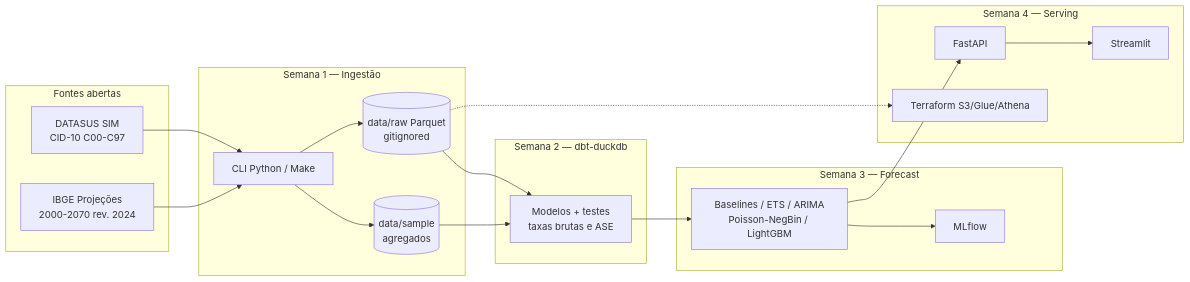
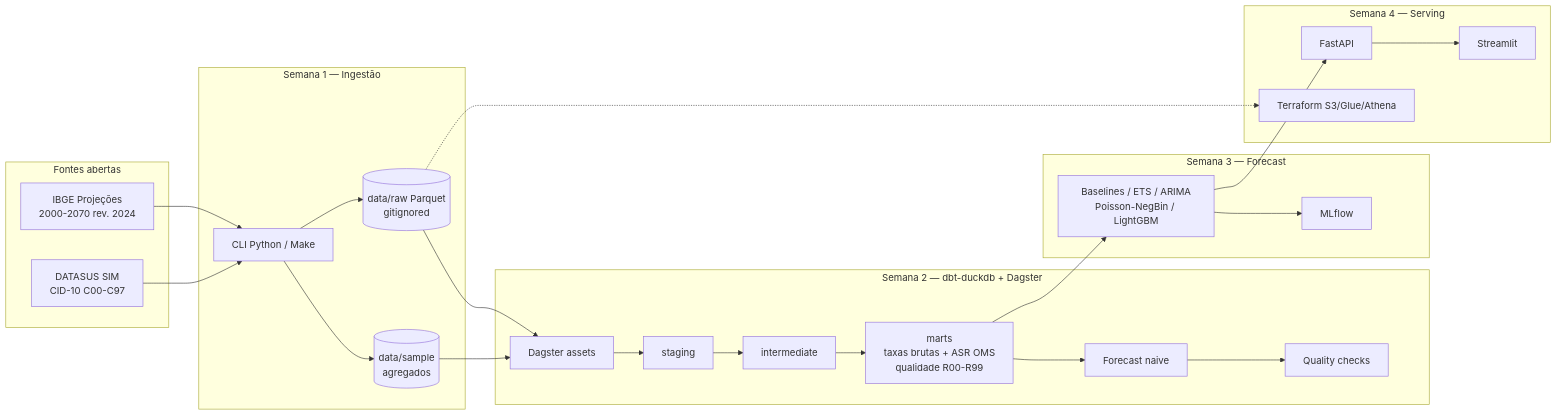
One commit to EricGuerrize/cancer-mortality-forecast-br changed the diagram in README.md. Above: the diagram before and after it, drawn with Mermaid. The commit also changed other lines of this file and 41 other files, not shown here.

First line of the commit message:
feat: semana 2 — dbt-duckdb, Dagster e CI de transformações (#2)

````diff
--- a/README.md
+++ b/README.md
@@ -40,38 +54,45 @@
 ```mermaid
 flowchart LR
   subgraph fontes[Fontes abertas]
     SIM[DATASUS SIM<br/>CID-10 C00-C97]
     IBGE[IBGE Projeções<br/>2000-2070 rev. 2024]
   end
 
   subgraph s1[Semana 1 — Ingestão]
     CLI[CLI Python / Make]
     RAW[(data/raw Parquet<br/>gitignored)]
     SAMPLE[(data/sample<br/>agregados)]
   end
 
-  subgraph s2[Semana 2 — dbt-duckdb]
-    DBT[Modelos + testes<br/>taxas brutas e ASE]
+  subgraph s2[Semana 2 — dbt-duckdb + Dagster]
+    ORCH[Dagster assets]
+    STG[staging]
+    INT[intermediate]
+    MARTS[marts<br/>taxas brutas + ASR OMS<br/>qualidade R00-R99]
+    NAIVE[Forecast naive]
+    QC[Quality checks]
   end
 
   subgraph s3[Semana 3 — Forecast]
     ML[Baselines / ETS / ARIMA<br/>Poisson-NegBin / LightGBM]
     MLF[MLflow]
   end
 
   subgraph s4[Semana 4 — Serving]
     API[FastAPI]
     UI[Streamlit]
     TF[Terraform S3/Glue/Athena]
   end
 
   SIM --> CLI
   IBGE --> CLI
   CLI --> RAW
   CLI --> SAMPLE
-  RAW --> DBT
-  SAMPLE --> DBT
-  DBT --> ML --> MLF
+  SAMPLE --> ORCH
+  RAW --> ORCH
+  ORCH --> STG --> INT --> MARTS
+  MARTS --> NAIVE --> QC
+  MARTS --> ML --> MLF
   ML --> API --> UI
   RAW -.-> TF
 ```
````
